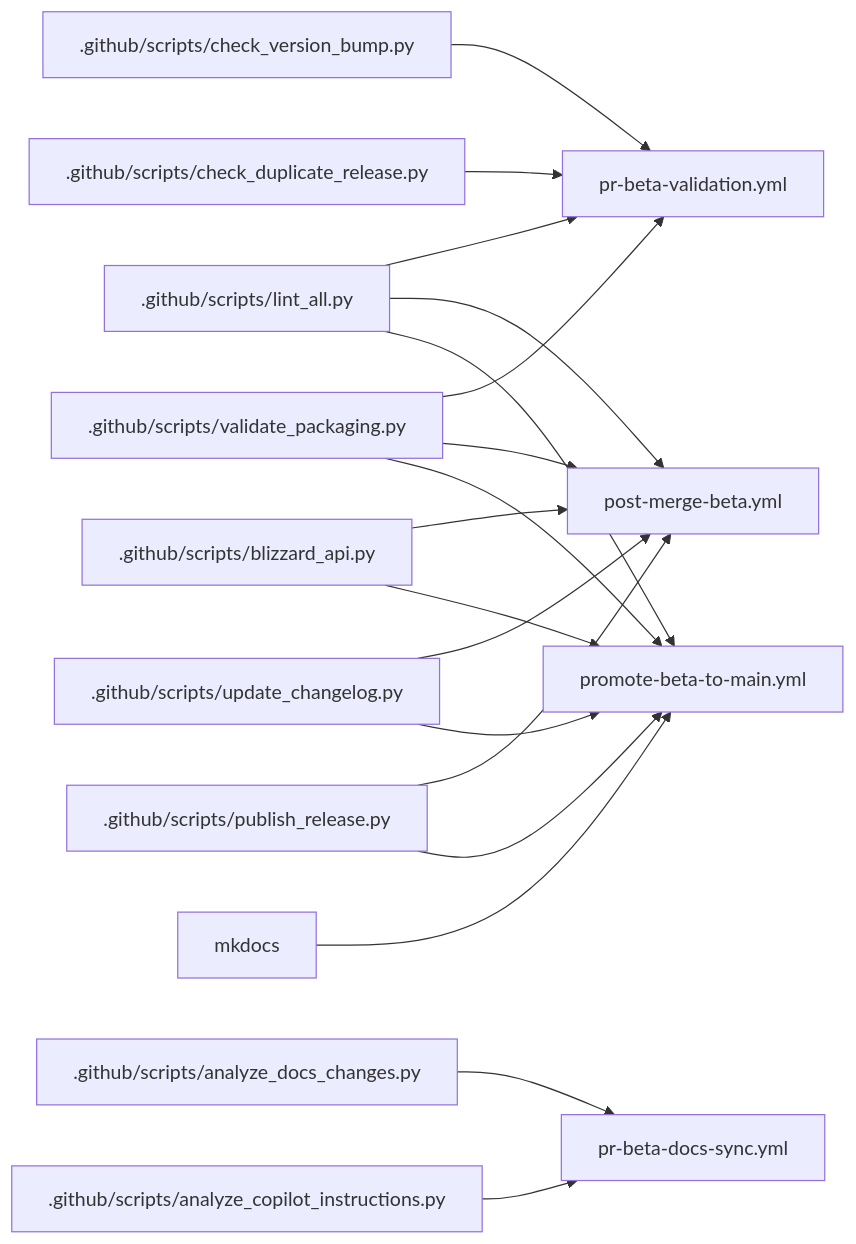
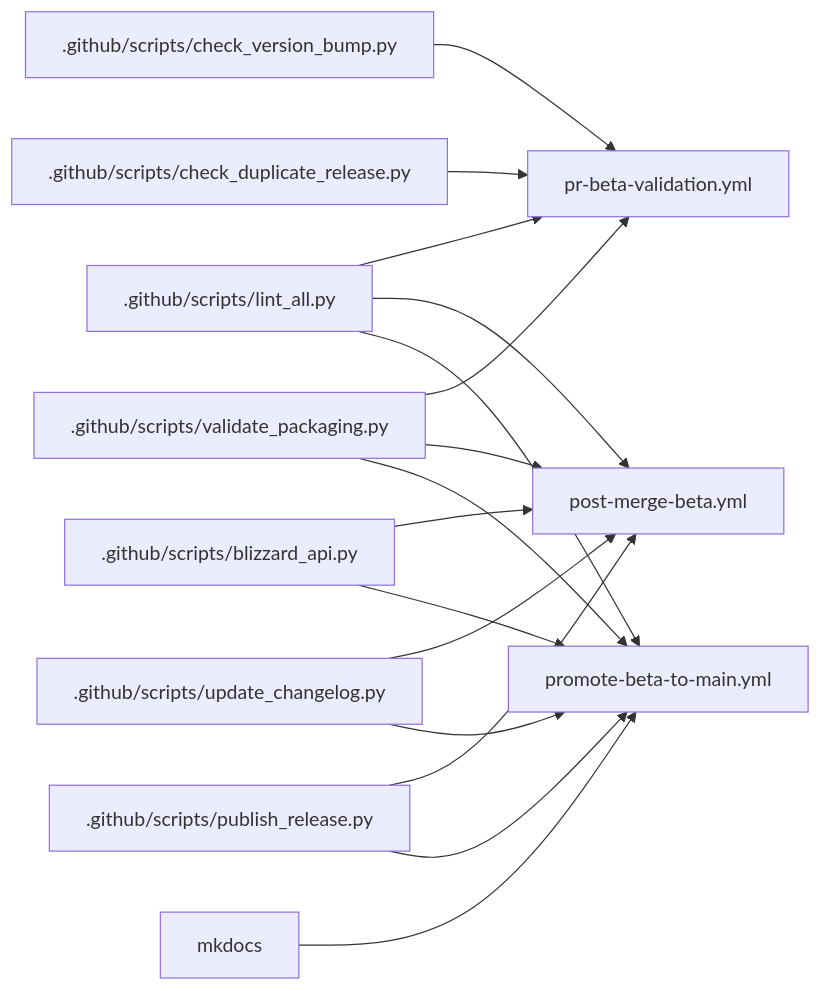
Before and after one commit to OsulivanAB/SpectrumFederation: the second of 2 diagrams in docs/development/getting-started/workflows.md, drawn with Mermaid. The commit also changed other lines of this file and 4 other files, not shown here.

````diff
--- a/docs/development/getting-started/workflows.md
+++ b/docs/development/getting-started/workflows.md
@@ -439,24 +369,21 @@
 ```mermaid
 graph LR
     A[.github/scripts/lint_all.py] --> B[pr-beta-validation.yml]
     C[.github/scripts/validate_packaging.py] --> B
     D[.github/scripts/check_version_bump.py] --> B
     E[.github/scripts/check_duplicate_release.py] --> B
-    
-    L[.github/scripts/analyze_docs_changes.py] --> M[pr-beta-docs-sync.yml]
-    N[.github/scripts/analyze_copilot_instructions.py] --> M
     
     A --> F[post-merge-beta.yml]
     C --> F
     G[.github/scripts/blizzard_api.py] --> F
     H[.github/scripts/update_changelog.py] --> F
     I[.github/scripts/publish_release.py] --> F
     
     A --> J[promote-beta-to-main.yml]
     C --> J
     G --> J
     H --> J
     I --> J
     
     K[mkdocs] --> J
 ```
````
